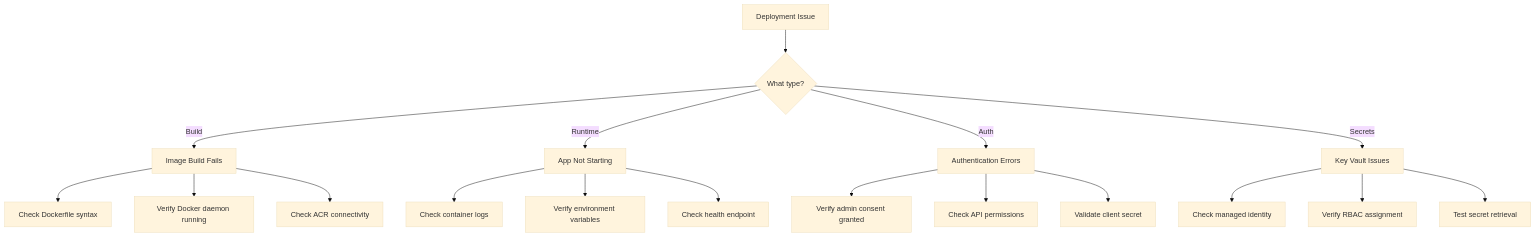
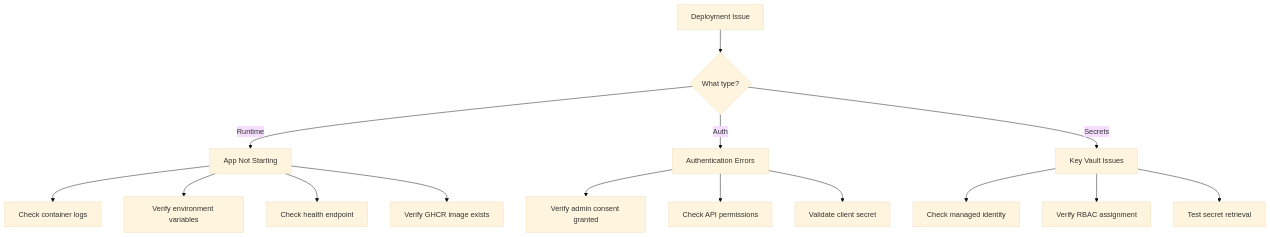
One commit to Jandev/azure-feature-toggle-product changed the sixth of 7 diagrams in terraform/README.md. Above: the diagram before and after it, drawn with Mermaid (base theme). The commit also changed other lines of this file and 6 other files, not shown here.

````diff
--- a/terraform/README.md
+++ b/terraform/README.md
@@ -347,25 +349,21 @@
 ```mermaid
 flowchart TD
     PROBLEM[Deployment Issue] --> TYPE{What type?}
     
-    TYPE -->|Build| BUILD[Image Build Fails]
     TYPE -->|Runtime| RUNTIME[App Not Starting]
     TYPE -->|Auth| AUTH[Authentication Errors]
     TYPE -->|Secrets| SECRETS[Key Vault Issues]
     
-    BUILD --> B1[Check Dockerfile syntax]
-    BUILD --> B2[Verify Docker daemon running]
-    BUILD --> B3[Check ACR connectivity]
-    
     RUNTIME --> R1[Check container logs]
     RUNTIME --> R2[Verify environment variables]
     RUNTIME --> R3[Check health endpoint]
+    RUNTIME --> R4[Verify GHCR image exists]
     
     AUTH --> A1[Verify admin consent granted]
     AUTH --> A2[Check API permissions]
     AUTH --> A3[Validate client secret]
     
     SECRETS --> S1[Check managed identity]
     SECRETS --> S2[Verify RBAC assignment]
     SECRETS --> S3[Test secret retrieval]
 ```
````
